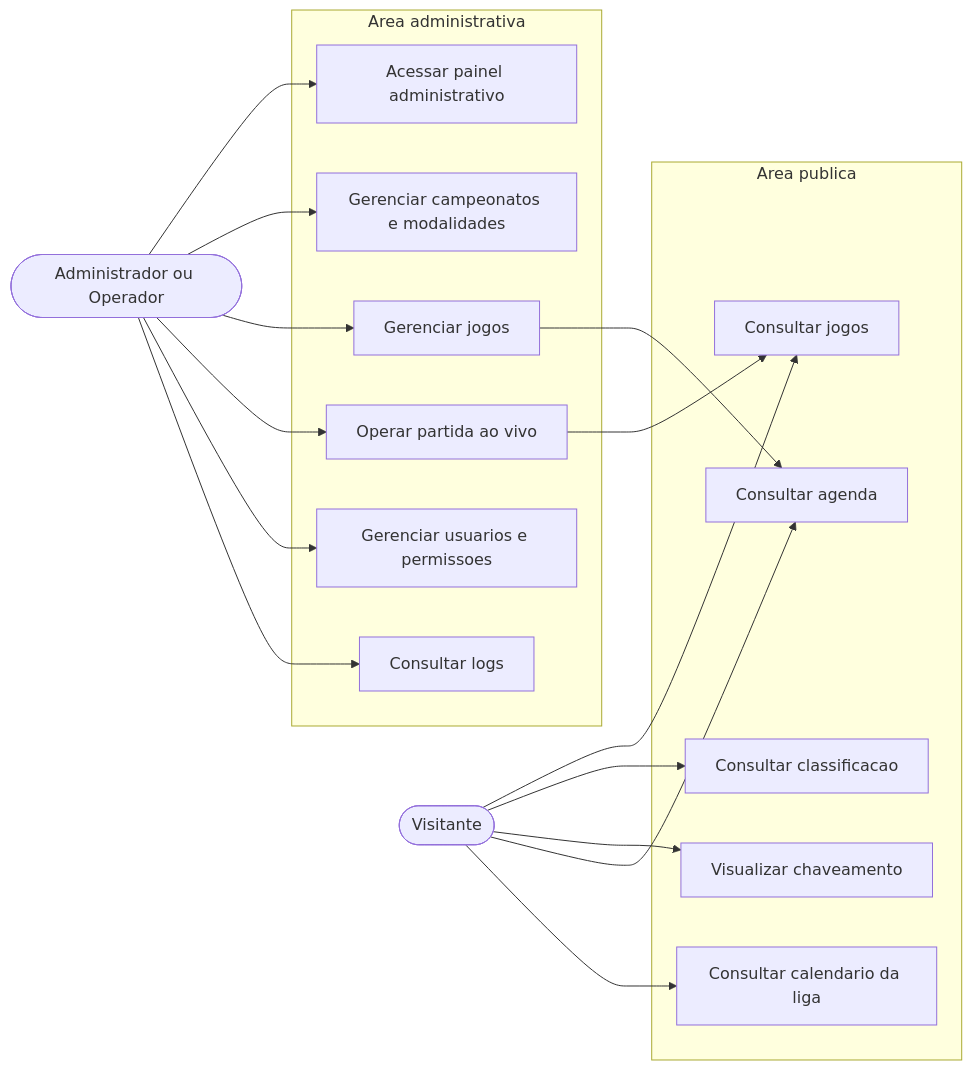
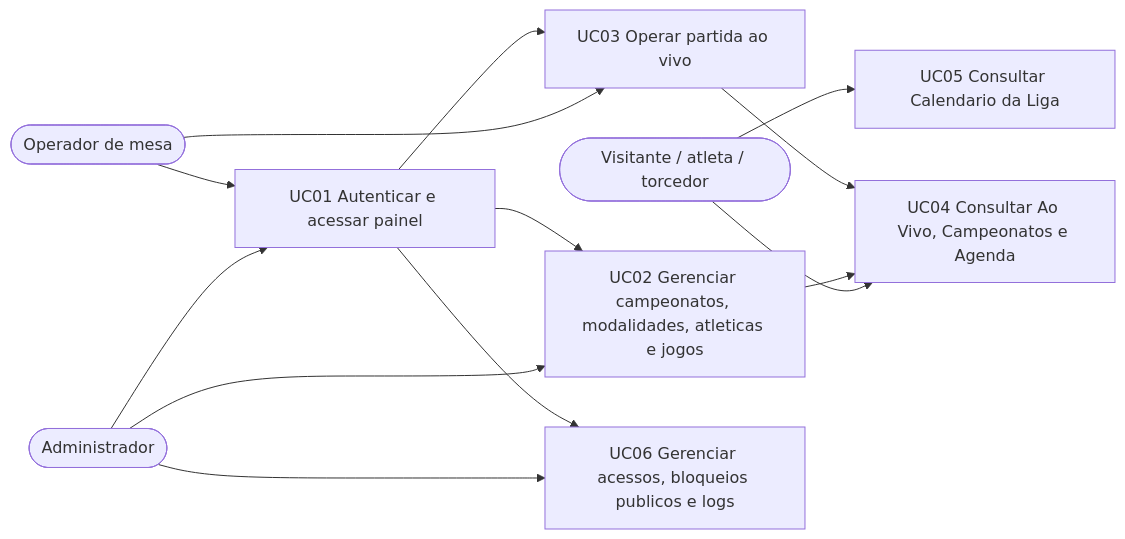
One commit to jaooduartte/laje changed the first of 5 diagrams in docs/Documentation_RFC.md. Above: the diagram before and after it, drawn with Mermaid. The commit also changed other lines of this file and 3 other files, not shown here.

````diff
--- a/docs/Documentation_RFC.md
+++ b/docs/Documentation_RFC.md
@@ -346,37 +337,27 @@
 ```mermaid
 flowchart LR
-  Visitante([Visitante])
-  Operador([Administrador ou Operador])
+  Administrador([Administrador])
+  Operador([Operador de mesa])
+  Visitante([Visitante / atleta / torcedor])
 
-  subgraph AreaPublica[Area publica]
-    ConsultarJogos[Consultar jogos]
-    ConsultarClassificacao[Consultar classificacao]
-    ConsultarChaveamento[Visualizar chaveamento]
-    ConsultarAgenda[Consultar agenda]
-    ConsultarCalendario[Consultar calendario da liga]
-  end
+  UC01[UC01 Autenticar e acessar painel]
+  UC02[UC02 Gerenciar campeonatos, modalidades, atleticas e jogos]
+  UC03[UC03 Operar partida ao vivo]
+  UC04[UC04 Consultar Ao Vivo, Campeonatos e Agenda]
+  UC05[UC05 Consultar Calendario da Liga]
+  UC06[UC06 Gerenciar acessos, bloqueios publicos e logs]
 
-  subgraph AreaAdmin[Area administrativa]
-    AcessarPainel[Acessar painel administrativo]
-    GerenciarCampeonatos[Gerenciar campeonatos e modalidades]
-    GerenciarJogos[Gerenciar jogos]
-    OperarPartida[Operar partida ao vivo]
-    GerenciarAcessos[Gerenciar usuarios e permissoes]
-    ConsultarAuditoria[Consultar logs]
-  end
+  Administrador --> UC01
+  Administrador --> UC02
+  Administrador --> UC06
+  Operador --> UC01
+  Operador --> UC03
+  Visitante --> UC04
+  Visitante --> UC05
 
-  Visitante --> ConsultarJogos
-  Visitante --> ConsultarClassificacao
-  Visitante --> ConsultarChaveamento
-  Visitante --> ConsultarAgenda
-  Visitante --> ConsultarCalendario
-
-  Operador --> AcessarPainel
-  Operador --> GerenciarCampeonatos
-  Operador --> GerenciarJogos
-  Operador --> OperarPartida
-  Operador --> GerenciarAcessos
-  Operador --> ConsultarAuditoria
-  OperarPartida --> ConsultarJogos
-  GerenciarJogos --> ConsultarAgenda
+  UC01 --> UC02
+  UC01 --> UC03
+  UC01 --> UC06
+  UC02 --> UC04
+  UC03 --> UC04
 ```
````
